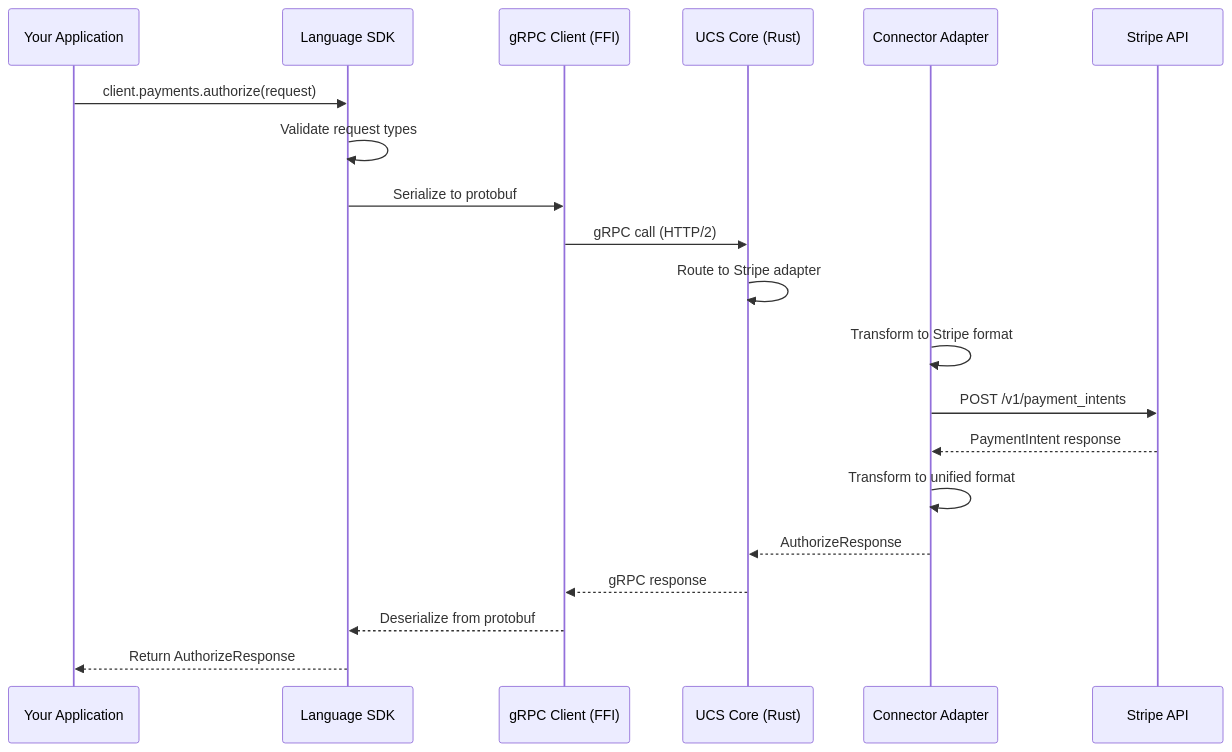
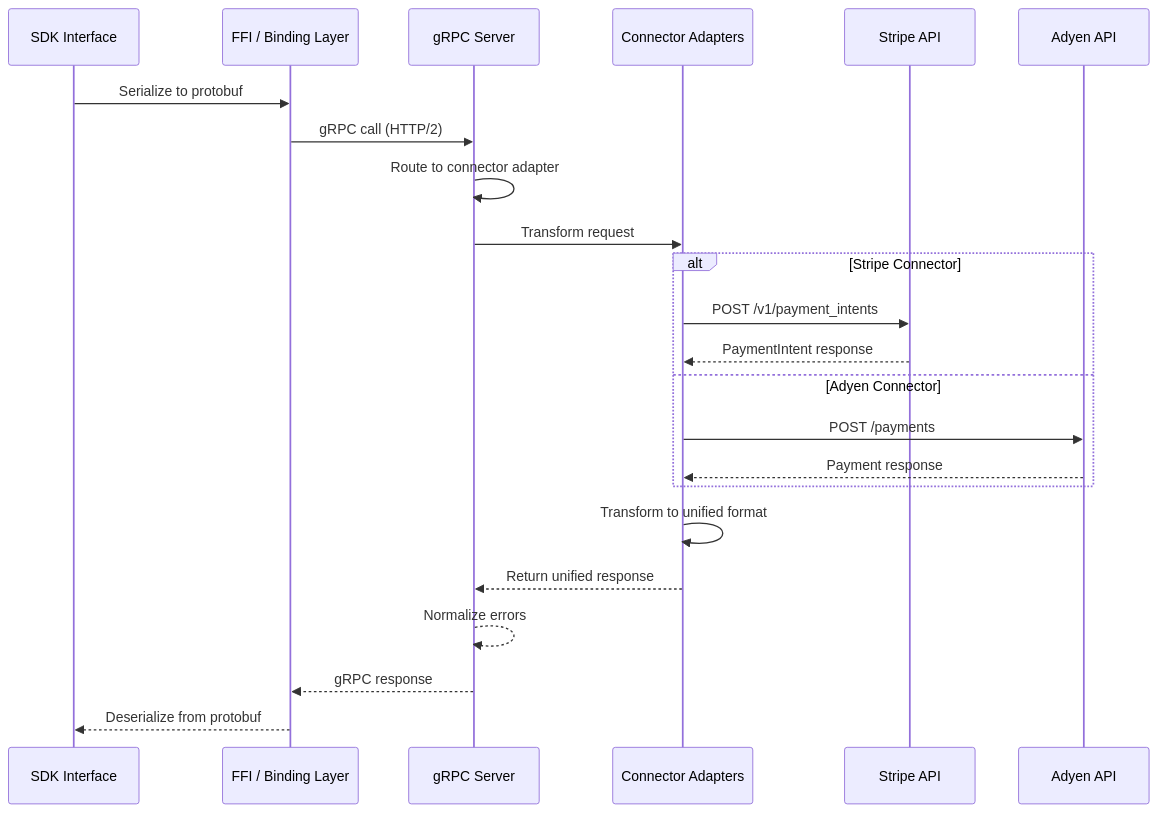
The diagram in docs/architecture/overview.md (juspay/connector-service), drawn with Mermaid before and after one commit. The commit also changed other lines of this file and 53 other files, not shown here.

````diff
--- a/docs/architecture/overview.md
+++ b/docs/architecture/overview.md
@@ -93,23 +84,28 @@
 ```mermaid
 sequenceDiagram
-    participant App as Your Application
-    participant SDK as Language SDK
-    participant FFI as gRPC Client (FFI)
-    participant Core as UCS Core (Rust)
-    participant Adapter as Connector Adapter
+    participant SDK as SDK Interface
+    participant FFI as FFI / Binding Layer
+    participant Server as gRPC Server
+    participant Adapter as Connector Adapters
     participant Stripe as Stripe API
+    participant Adyen as Adyen API
 
-    App->>SDK: client.payments.authorize(request)
-    SDK->>SDK: Validate request types
     SDK->>FFI: Serialize to protobuf
-    FFI->>Core: gRPC call (HTTP/2)
-    Core->>Core: Route to Stripe adapter
-    Adapter->>Adapter: Transform to Stripe format
-    Adapter->>Stripe: POST /v1/payment_intents
-    Stripe-->>Adapter: PaymentIntent response
+    FFI->>Server: gRPC call (HTTP/2)
+    Server->>Server: Route to connector adapter
+    Server->>Adapter: Transform request
+
+    alt Stripe Connector
+        Adapter->>Stripe: POST /v1/payment_intents
+        Stripe-->>Adapter: PaymentIntent response
+    else Adyen Connector
+        Adapter->>Adyen: POST /payments
+        Adyen-->>Adapter: Payment response
+    end
+
     Adapter->>Adapter: Transform to unified format
-    Adapter-->>Core: AuthorizeResponse
-    Core-->>FFI: gRPC response
+    Adapter-->>Server: Return unified response
+    Server-->>Server: Normalize errors
+    Server-->>FFI: gRPC response
     FFI-->>SDK: Deserialize from protobuf
-    SDK-->>App: Return AuthorizeResponse
 ```
````
